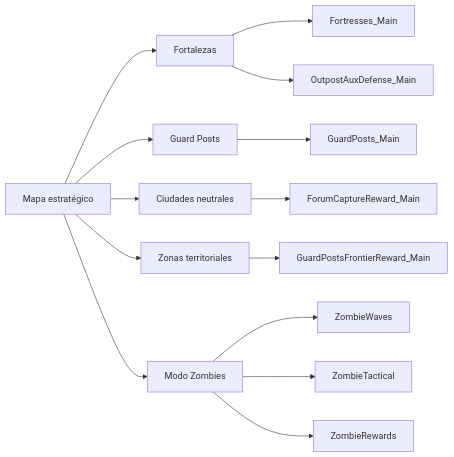
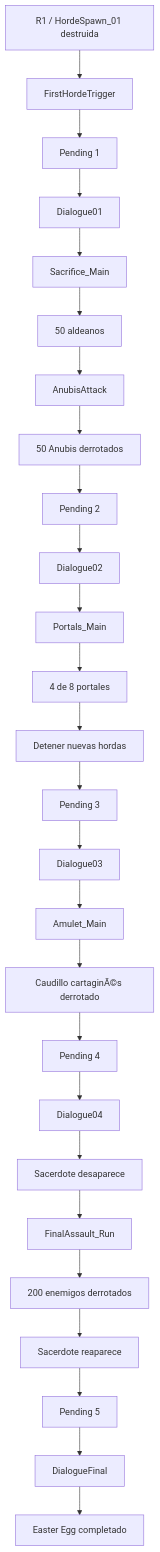
Before and after one commit to CarlosTorresCid/Imperivm-III-: the second of 2 diagrams in README.md, drawn with Mermaid. The commit also changed other lines of this file and 96 other files, not shown here.

Commit message:
Actualiza Guerra Total a v2.0 estable con Modo Zombies y Easter Egg

````diff
--- a/README.md
+++ b/README.md
@@ -451,23 +1413,36 @@
 ```mermaid
-flowchart LR
-    MAPA[Mapa estratégico]
+flowchart TD
+    A[R1 / HordeSpawn_01 destruida] --> B[FirstHordeTrigger]
+    B --> C[Pending 1]
+    C --> D[Dialogue01]
 
-    MAPA --> FORT[Fortalezas]
-    MAPA --> GP[Guard Posts]
-    MAPA --> FORUM[Ciudades neutrales]
-    MAPA --> ZONE[Zonas territoriales]
-    MAPA --> ZOMBIE[Modo Zombies]
+    D --> E[Sacrifice_Main]
+    E --> F[50 aldeanos]
+    F --> G[AnubisAttack]
+    G --> H[50 Anubis derrotados]
 
-    FORT --> FMAIN[Fortresses_Main]
-    FORT --> AUX[OutpostAuxDefense_Main]
+    H --> I[Pending 2]
+    I --> J[Dialogue02]
 
-    GP --> GPMAIN[GuardPosts_Main]
+    J --> K[Portals_Main]
+    K --> L[4 de 8 portales]
+    L --> M[Detener nuevas hordas]
 
-    FORUM --> FCR[ForumCaptureReward_Main]
+    M --> N[Pending 3]
+    N --> O[Dialogue03]
 
-    ZONE --> GFR[GuardPostsFrontierReward_Main]
+    O --> P[Amulet_Main]
+    P --> Q[Caudillo cartaginÃ©s derrotado]
 
-    ZOMBIE --> ZW[ZombieWaves]
-    ZOMBIE --> ZT[ZombieTactical]
-    ZOMBIE --> ZR[ZombieRewards]
+    Q --> R[Pending 4]
+    R --> S[Dialogue04]
+
+    S --> T[Sacerdote desaparece]
+    T --> U[FinalAssault_Run]
+    U --> V[200 enemigos derrotados]
+
+    V --> W[Sacerdote reaparece]
+    W --> X[Pending 5]
+    X --> Y[DialogueFinal]
+    Y --> Z[Easter Egg completado]
 ```
````
